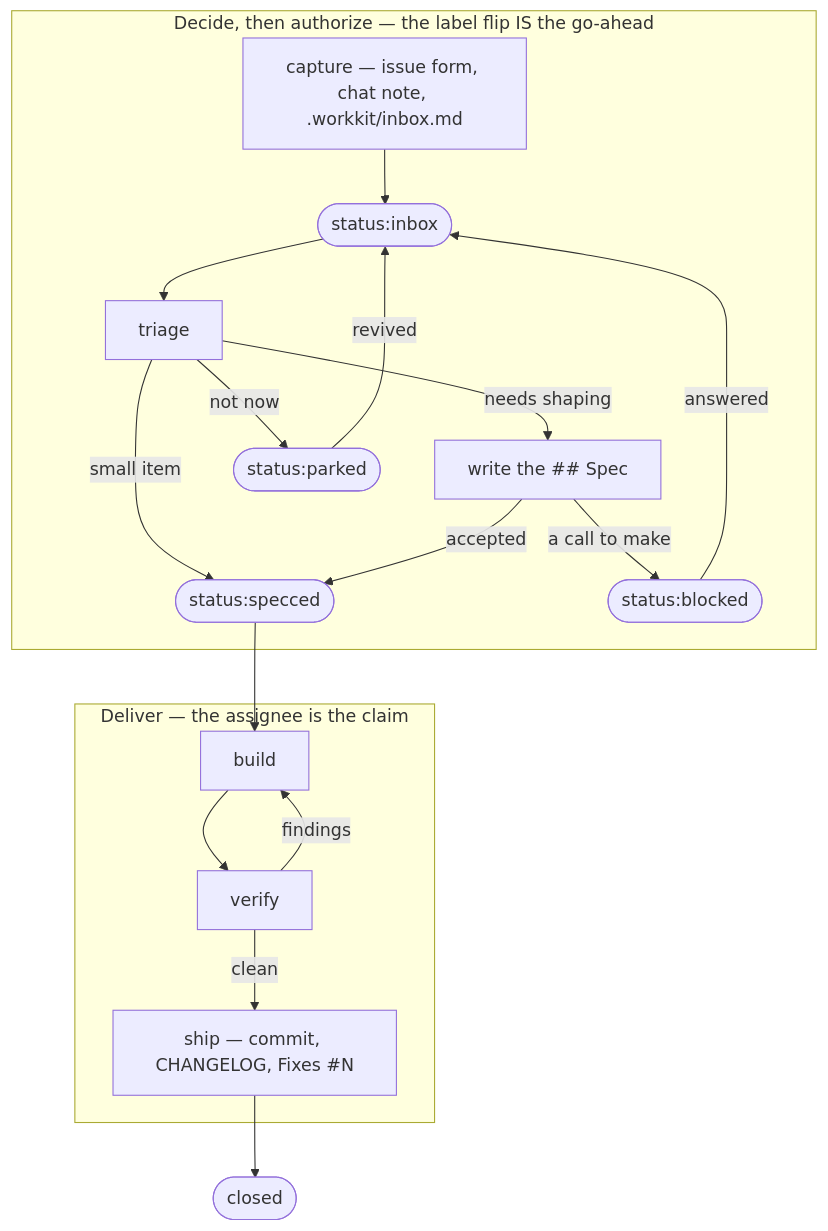
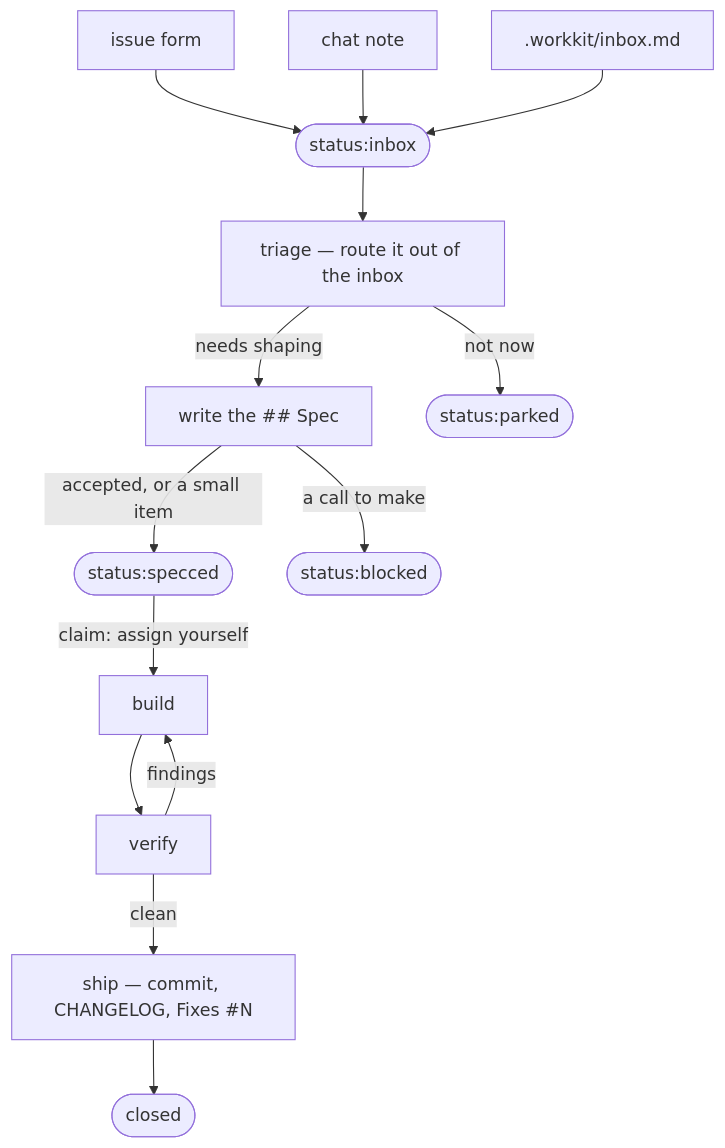
The first of 2 diagrams in README.md (itw-creative-works/workkit), drawn with Mermaid before and after one commit. The commit also changed other lines of this file, not shown here.

Commit message:
docs(readme): the road chart is one straight spine, no crossed lines
The three capture sources are their own boxes feeding status:inbox,
triage is explicitly the action that routes OUT of the inbox, and the
statuses run in a single vertical line. The parked and blocked side
pockets keep no return arrows — the prose under the chart carries where
each rejoins (blocked at specced once answered, parked back through
triage) — because the back-edges were what tangled the previous layout.
Rendered and inspected before committing.

````diff
--- a/README.md
+++ b/README.md
@@ -7,22 +7,16 @@
 ```mermaid
 flowchart TB
-    subgraph Decide["Decide, then authorize — the label flip IS the go-ahead"]
-        Capture["capture — issue form, chat note, .workkit/inbox.md"] --> Inbox([status:inbox])
-        Inbox --> Triage["triage"]
-        Triage -->|needs shaping| Spec["write the ## Spec"]
-        Triage -->|small item| Specced([status:specced])
-        Triage -->|not now| Parked([status:parked])
-        Spec -->|accepted| Specced
-        Spec -->|a call to make| Blocked([status:blocked])
-        Blocked -->|answered| Inbox
-        Parked -->|revived| Inbox
-    end
-
-    subgraph Deliver["Deliver — the assignee is the claim"]
-        Specced --> Build["build"] --> Verify["verify"]
-        Verify -->|findings| Build
-        Verify -->|clean| Ship["ship — commit, CHANGELOG, Fixes #N"]
-    end
-
+    Form["issue form"] --> Inbox([status:inbox])
+    Note["chat note"] --> Inbox
+    File[".workkit/inbox.md"] --> Inbox
+    Inbox --> Triage["triage — route it out of the inbox"]
+    Triage -->|needs shaping| Spec["write the ## Spec"]
+    Triage -->|not now| Parked([status:parked])
+    Spec -->|accepted, or a small item| Specced([status:specced])
+    Spec -->|a call to make| Blocked([status:blocked])
+    Specced -->|claim: assign yourself| Build["build"]
+    Build --> Verify["verify"]
+    Verify -->|findings| Build
+    Verify -->|clean| Ship["ship — commit, CHANGELOG, Fixes #N"]
     Ship --> Closed([closed])
 ```
````
